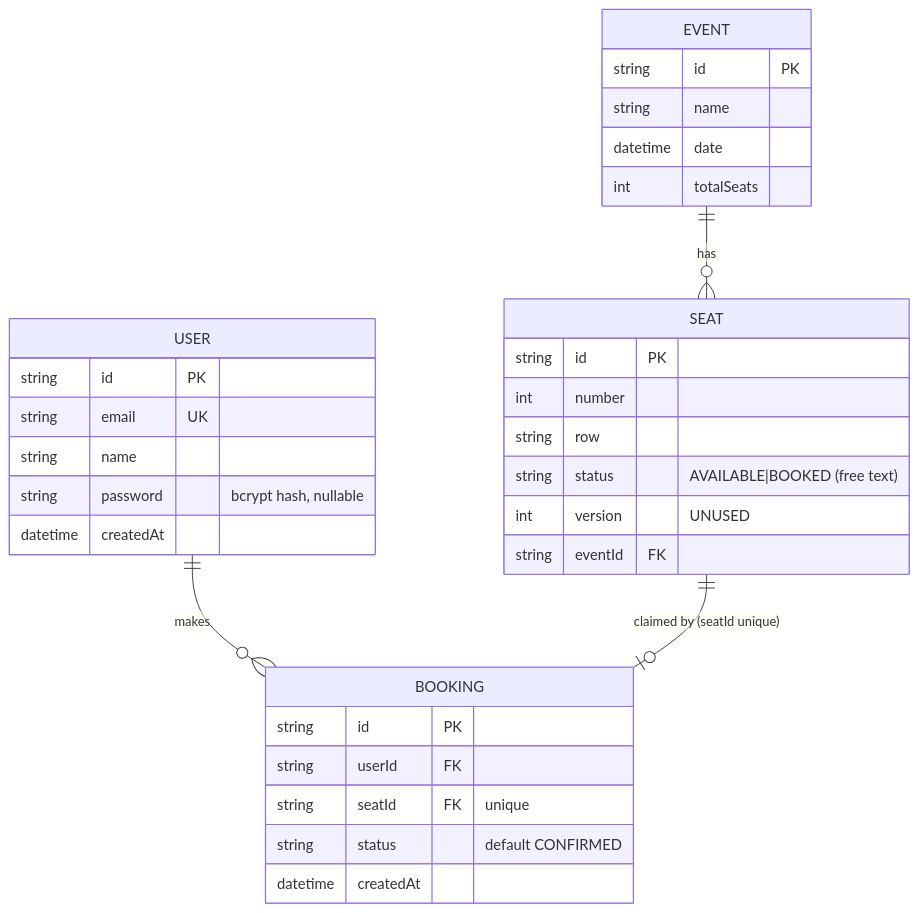
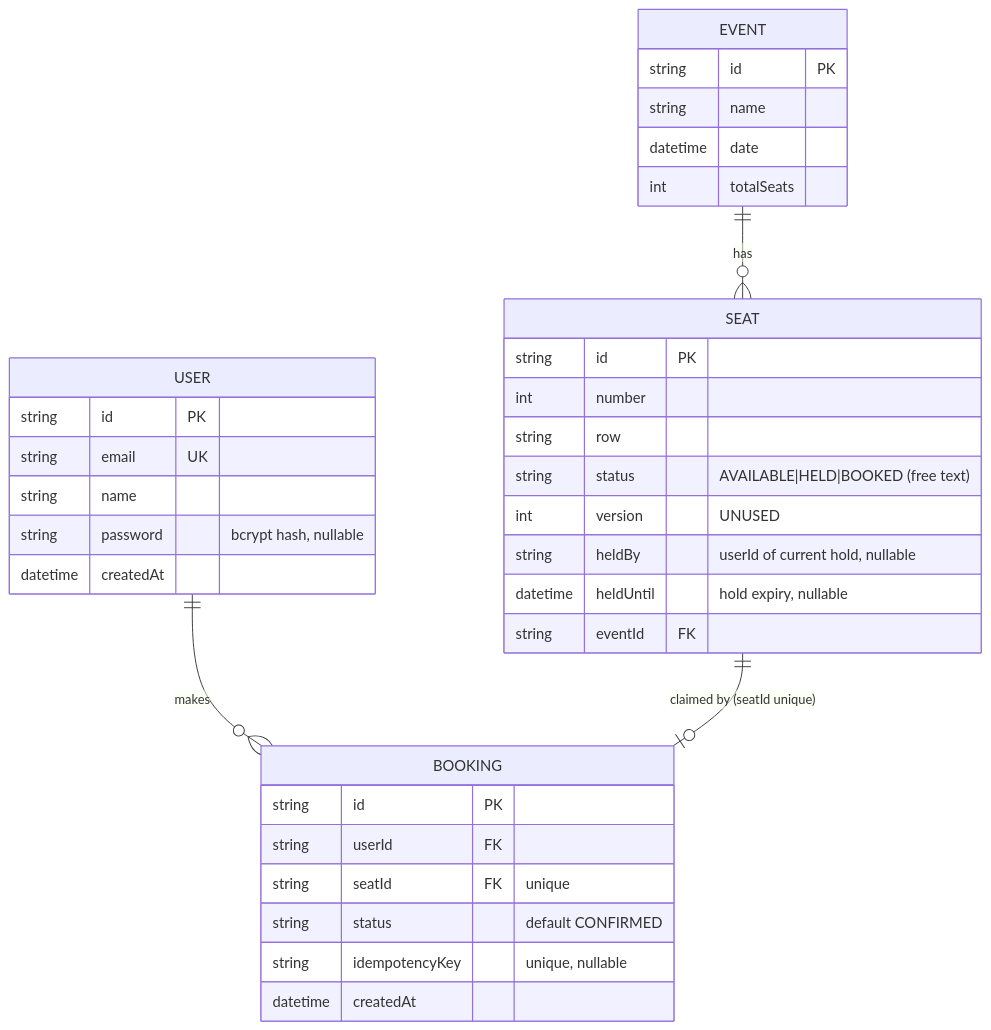
Before and after one commit to samarthshete/SeatGuard: the second of 2 diagrams in docs/ARCHITECTURE.md, drawn with Mermaid. The commit also changed other lines of this file and 15 other files, not shown here.

````diff
--- a/docs/ARCHITECTURE.md
+++ b/docs/ARCHITECTURE.md
@@ -84,35 +95,38 @@
 ```mermaid
 erDiagram
   USER ||--o{ BOOKING : makes
   EVENT ||--o{ SEAT : has
   SEAT  ||--o| BOOKING : "claimed by (seatId unique)"
 
   USER {
     string id PK
     string email UK
     string name
     string password "bcrypt hash, nullable"
     datetime createdAt
   }
   EVENT {
     string id PK
     string name
     datetime date
     int totalSeats
   }
   SEAT {
     string id PK
     int number
     string row
-    string status "AVAILABLE|BOOKED (free text)"
+    string status "AVAILABLE|HELD|BOOKED (free text)"
     int version "UNUSED"
+    string heldBy "userId of current hold, nullable"
+    datetime heldUntil "hold expiry, nullable"
     string eventId FK
   }
   BOOKING {
     string id PK
     string userId FK
     string seatId FK "unique"
     string status "default CONFIRMED"
+    string idempotencyKey "unique, nullable"
     datetime createdAt
   }
 ```
````
